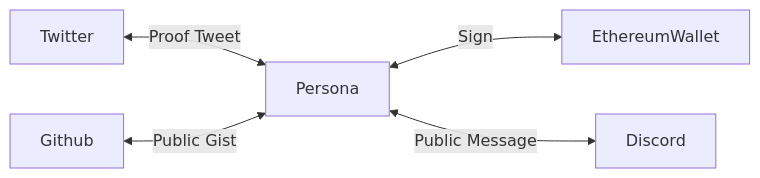
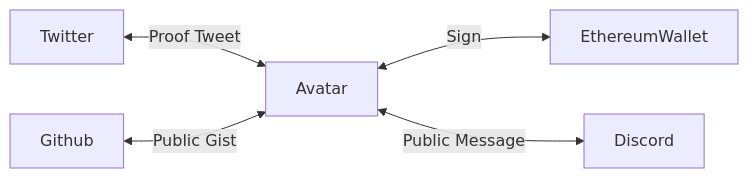
The diagram in docs/proof-service/glossary.md (NextDotID/docs), drawn with Mermaid before and after one commit. The commit also changed other lines of this file and 23 other files, not shown here.

Commit message:
[!] Term changed: Persona -> Avatar

````diff
--- a/docs/proof-service/glossary.md
+++ b/docs/proof-service/glossary.md
@@ -16,8 +16,8 @@
 ```mermaid
 flowchart LR
 
-Twitter <-->|Proof Tweet|Persona
-Persona <-->|Sign|EthereumWallet
-Github <-->|Public Gist|Persona
-Persona <-->|Public Message|Discord
+Twitter <-->|Proof Tweet|Avatar
+Avatar <-->|Sign|EthereumWallet
+Github <-->|Public Gist|Avatar
+Avatar <-->|Public Message|Discord
 ```
````
